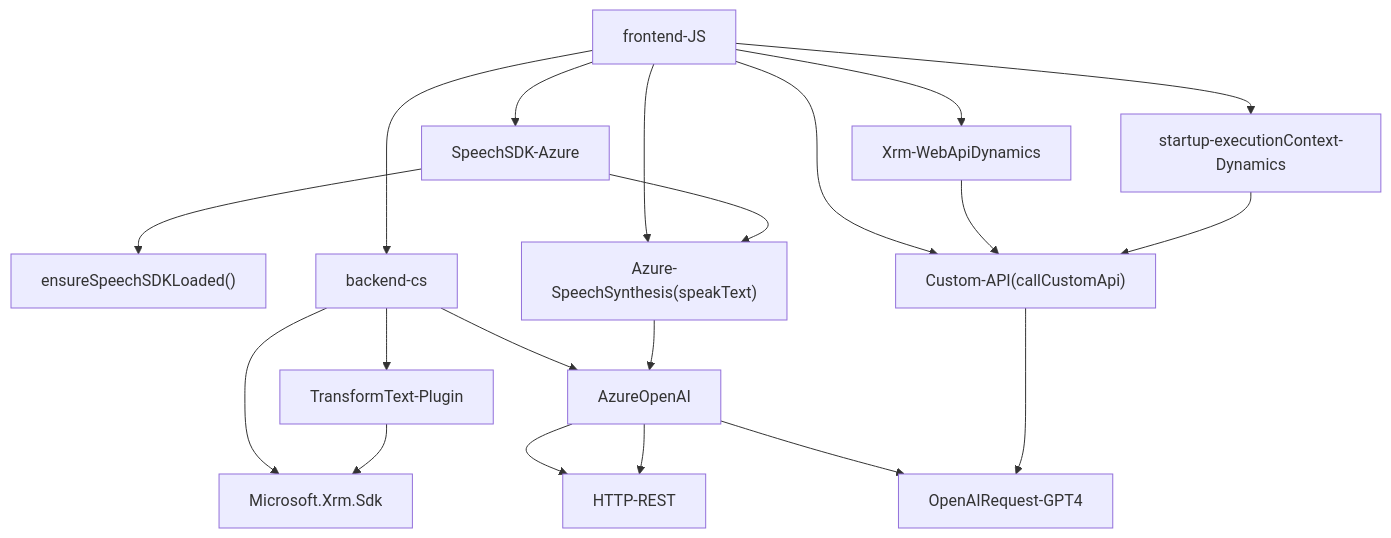
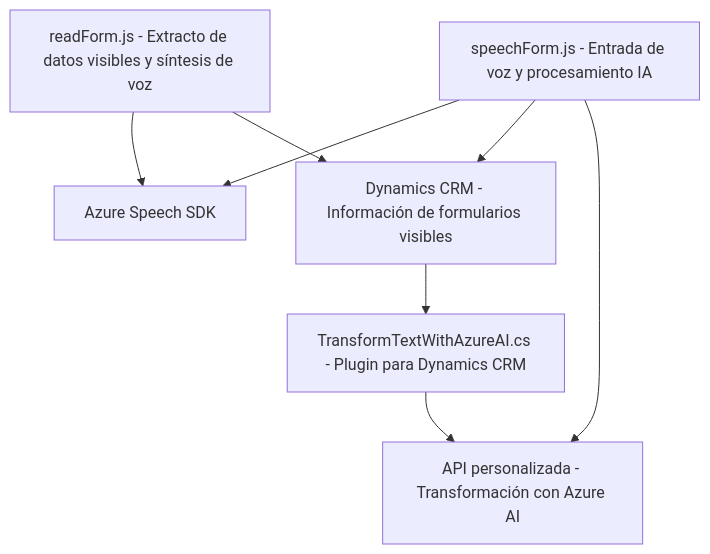
The diagram in README.md (blopezdm/NETCORE_BILBAO2025), drawn with Mermaid before and after one commit. The commit also changed other lines of this file, not shown here.

Commit message:
Actualizar análisis global de la solución con IA

````diff
--- a/README.md
+++ b/README.md
@@ -50,24 +53,13 @@
 ```mermaid
 graph TD
-    A["frontend-JS"] --> B["SpeechSDK-Azure"]
-    A --> C["Xrm-WebApiDynamics"]
-    B --> D["ensureSpeechSDKLoaded()"]
-    A --> E["startup-executionContext-Dynamics"]
-    A --> F["Azure-SpeechSynthesis(speakText)"]
-    A --> G["Custom-API(callCustomApi)"]
-    B --> F
-    C --> G
-    E --> G
+    A["readForm.js - Extracto de datos visibles y síntesis de voz"] --> B["Azure Speech SDK"]
+    A --> C["Dynamics CRM - Información de formularios visibles"]
 
-    H["backend-cs"] --> I["Microsoft.Xrm.Sdk"]
-    H --> J["AzureOpenAI"]
-    J --> K["OpenAIRequest-GPT4"]
-    J --> L["HTTP-REST"]
-    H --> M["TransformText-Plugin"]
+    D["speechForm.js - Entrada de voz y procesamiento IA"] --> B
+    D --> C
+    D --> E["API personalizada - Transformación con Azure AI"]
 
-    A --> H
-    F --> J
-    G --> K
-    J --> L
-    M --> I
+    F["TransformTextWithAzureAI.cs - Plugin para Dynamics CRM"] --> E
+
+    C --> F
 ```
````
